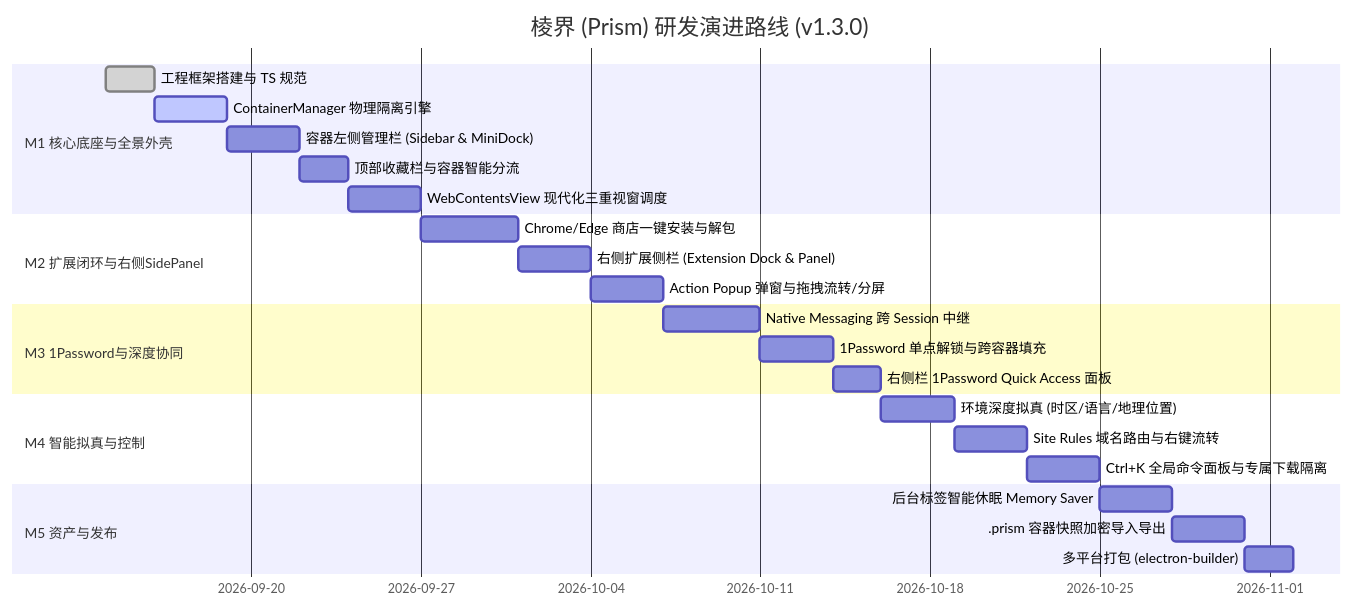
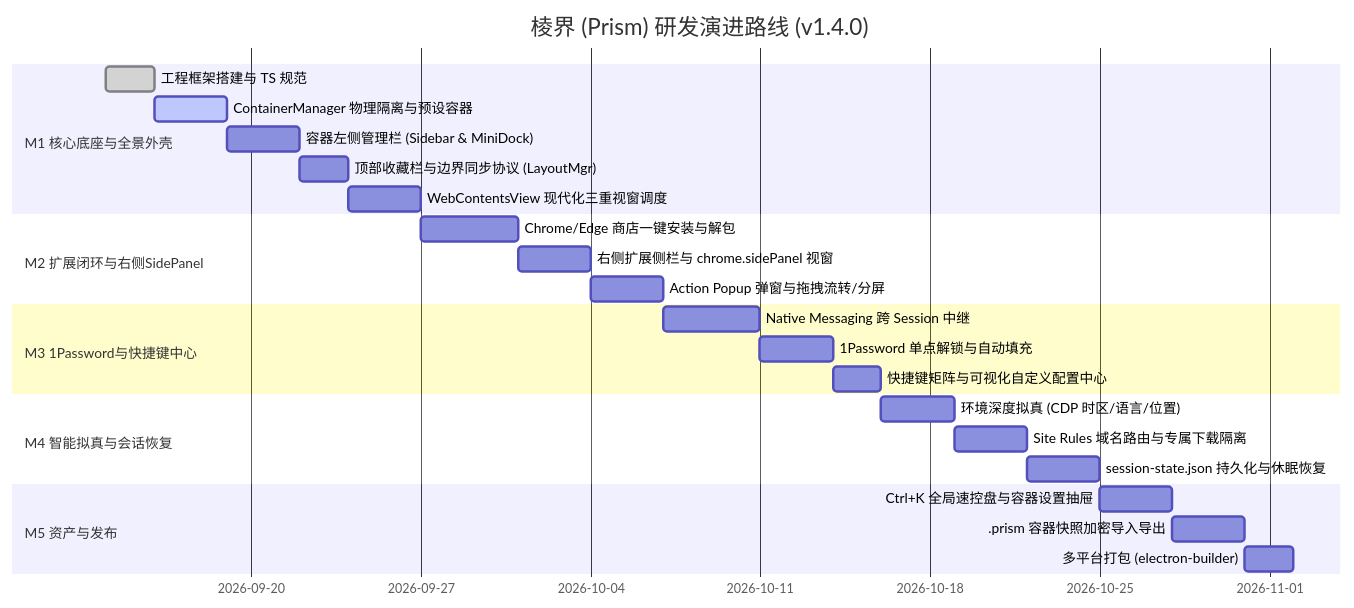
Before and after one commit to rfooox/Prism: the diagram in specs/functional_specification.md, drawn with Mermaid. The commit also changed other lines of this file and 2 other files, not shown here.

````diff
--- a/specs/functional_specification.md
+++ b/specs/functional_specification.md
@@ -227,27 +301,27 @@
 ```mermaid
 gantt
-    title 棱界 (Prism) 研发演进路线 (v1.3.0)
+    title 棱界 (Prism) 研发演进路线 (v1.4.0)
     dateFormat  YYYY-MM-DD
     section M1 核心底座与全景外壳
     工程框架搭建与 TS 规范              :done, m1_1, 2026-09-14, 2d
-    ContainerManager 物理隔离引擎      :active, m1_2, after m1_1, 3d
+    ContainerManager 物理隔离与预设容器 :active, m1_2, after m1_1, 3d
     容器左侧管理栏 (Sidebar & MiniDock) :m1_3, after m1_2, 3d
-    顶部收藏栏与容器智能分流           :m1_4, after m1_3, 2d
+    顶部收藏栏与边界同步协议 (LayoutMgr):m1_4, after m1_3, 2d
     WebContentsView 现代化三重视窗调度  :m1_5, after m1_4, 3d
     section M2 扩展闭环与右侧SidePanel
     Chrome/Edge 商店一键安装与解包    :m2_1, after m1_5, 4d
-    右侧扩展侧栏 (Extension Dock & Panel):m2_2, after m2_1, 3d
+    右侧扩展侧栏与 chrome.sidePanel 视窗:m2_2, after m2_1, 3d
     Action Popup 弹窗与拖拽流转/分屏    :m2_3, after m2_2, 3d
-    section M3 1Password与深度协同
+    section M3 1Password与快捷键中心
     Native Messaging 跨 Session 中继   :m3_1, after m2_3, 4d
-    1Password 单点解锁与跨容器填充     :m3_2, after m3_1, 3d
-    右侧栏 1Password Quick Access 面板 :m3_3, after m3_2, 2d
-    section M4 智能拟真与控制
-    环境深度拟真 (时区/语言/地理位置)   :m4_1, after m3_3, 3d
-    Site Rules 域名路由与右键流转      :m4_2, after m4_1, 3d
-    Ctrl+K 全局命令面板与专属下载隔离   :m4_3, after m4_2, 3d
+    1Password 单点解锁与自动填充       :m3_2, after m3_1, 3d
+    快捷键矩阵与可视化自定义配置中心    :m3_3, after m3_2, 2d
+    section M4 智能拟真与会话恢复
+    环境深度拟真 (CDP 时区/语言/位置)   :m4_1, after m3_3, 3d
+    Site Rules 域名路由与专属下载隔离   :m4_2, after m4_1, 3d
+    session-state.json 持久化与休眠恢复 :m4_3, after m4_2, 3d
     section M5 资产与发布
-    后台标签智能休眠 Memory Saver      :m5_1, after m4_3, 3d
+    Ctrl+K 全局速控盘与容器设置抽屉     :m5_1, after m4_3, 3d
     .prism 容器快照加密导入导出        :m5_2, after m5_1, 3d
     多平台打包 (electron-builder)      :m5_3, after m5_2, 2d
 ```
````
